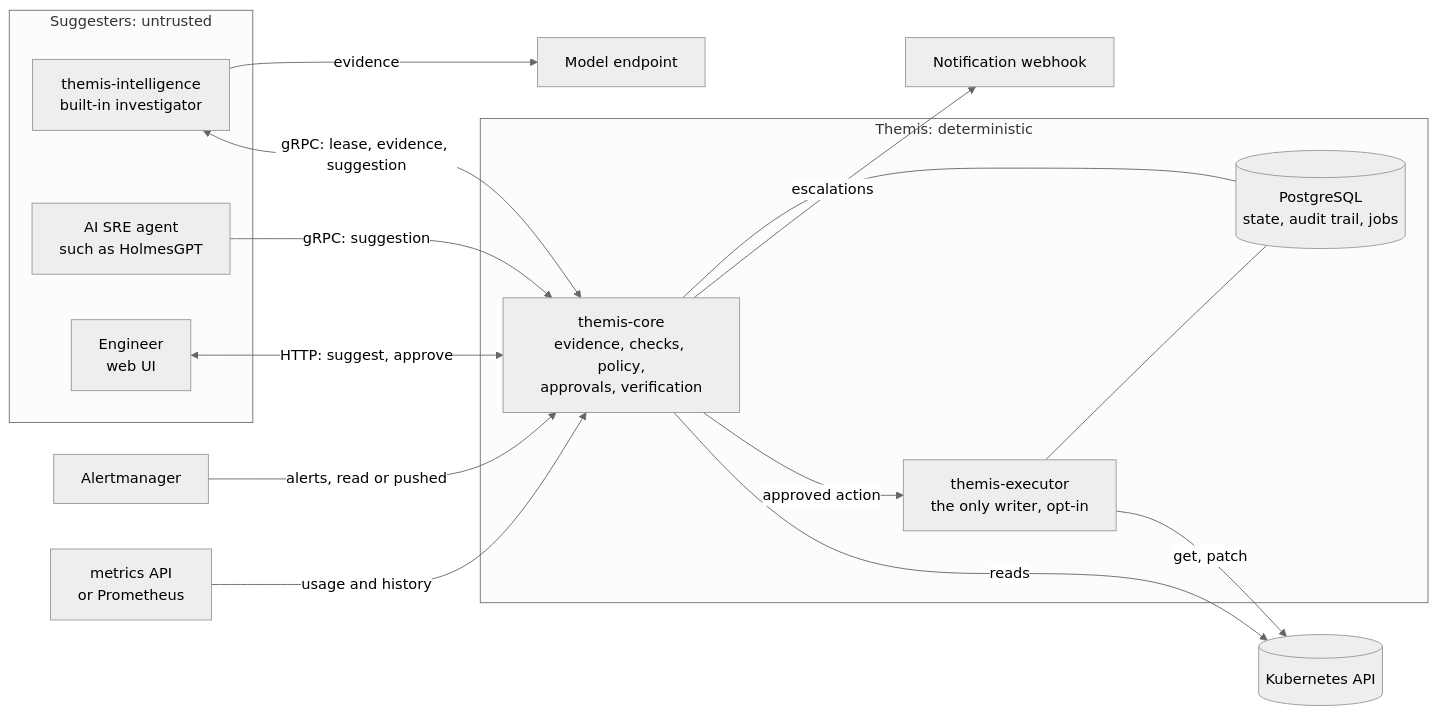
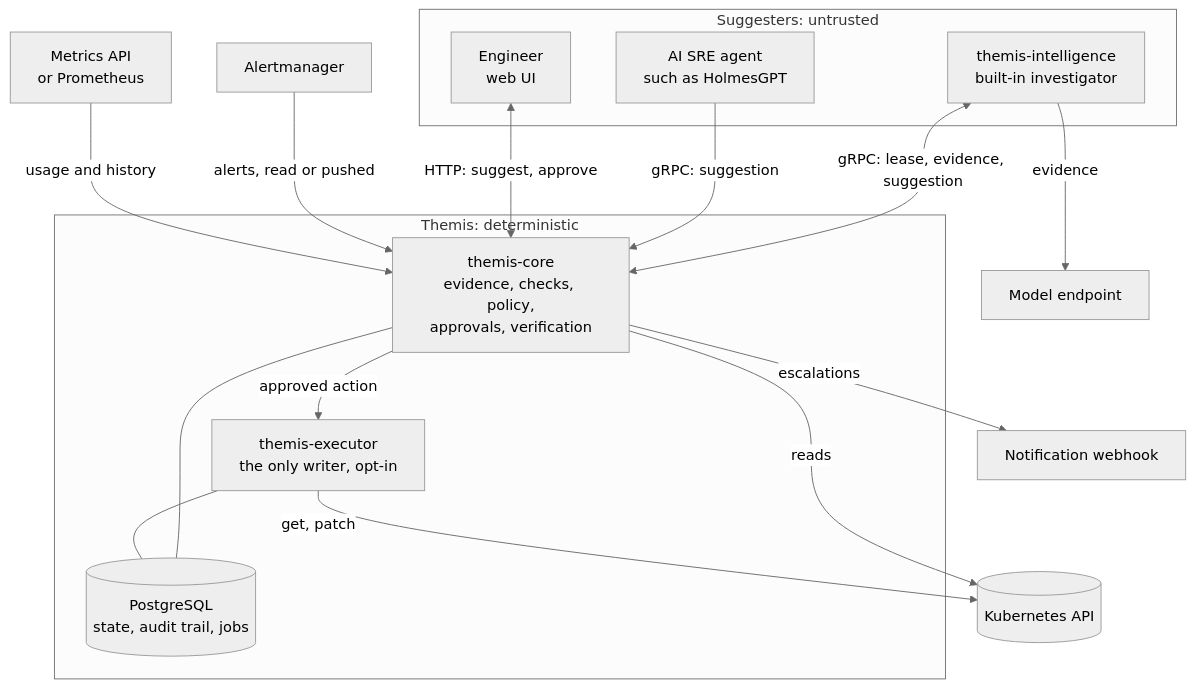
The first of 6 diagrams in docs/architecture.md (hzerrad/themis), drawn with Mermaid (neutral theme) before and after one commit. The commit also changed other lines of this file, not shown here.

Commit message:
Draw the architecture diagrams top to bottom so their text stays readable

````diff
--- a/docs/architecture.md
+++ b/docs/architecture.md
@@ -7,26 +7,30 @@
 ```mermaid
-flowchart LR
+flowchart TD
   subgraph suggesters["Suggesters: untrusted"]
     INV["themis-intelligence<br/>built-in investigator"]
     AGENT["AI SRE agent<br/>such as HolmesGPT"]
     ENG["Engineer<br/>web UI"]
   end
+  MODEL["Model endpoint"]
+  AM["Alertmanager"]
+  MET["Metrics API<br/>or Prometheus"]
   subgraph themis["Themis: deterministic"]
     CORE["themis-core<br/>evidence, checks, policy,<br/>approvals, verification"]
     EXEC["themis-executor<br/>the only writer, opt-in"]
     DB[("PostgreSQL<br/>state, audit trail, jobs")]
   end
-  AM["Alertmanager"] -->|"alerts, read or pushed"| CORE
-  MET["metrics API<br/>or Prometheus"] -->|usage and history| CORE
+  HOOK["Notification webhook"]
   K8S[("Kubernetes API")]
-  CORE -->|reads| K8S
+  INV -->|evidence| MODEL
   INV <-->|"gRPC: lease, evidence, suggestion"| CORE
-  INV -->|evidence| MODEL["Model endpoint"]
   AGENT -->|"gRPC: suggestion"| CORE
   ENG <-->|"HTTP: suggest, approve"| CORE
-  CORE -->|approved action| EXEC
-  EXEC -->|get, patch| K8S
-  CORE -->|escalations| HOOK["Notification webhook"]
+  AM -->|"alerts, read or pushed"| CORE
+  MET -->|"usage and history"| CORE
+  CORE -->|"approved action"| EXEC
   CORE --- DB
   EXEC --- DB
+  CORE -->|escalations| HOOK
+  CORE -->|reads| K8S
+  EXEC -->|"get, patch"| K8S
 ```
````
